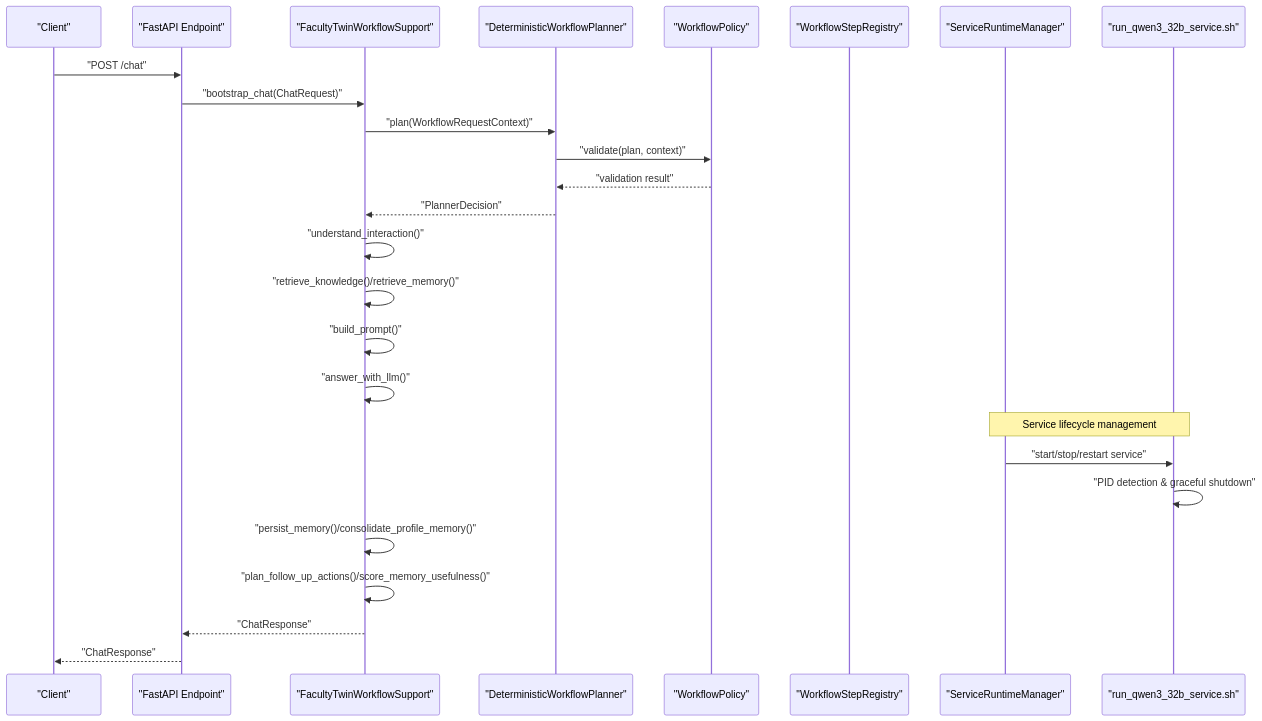
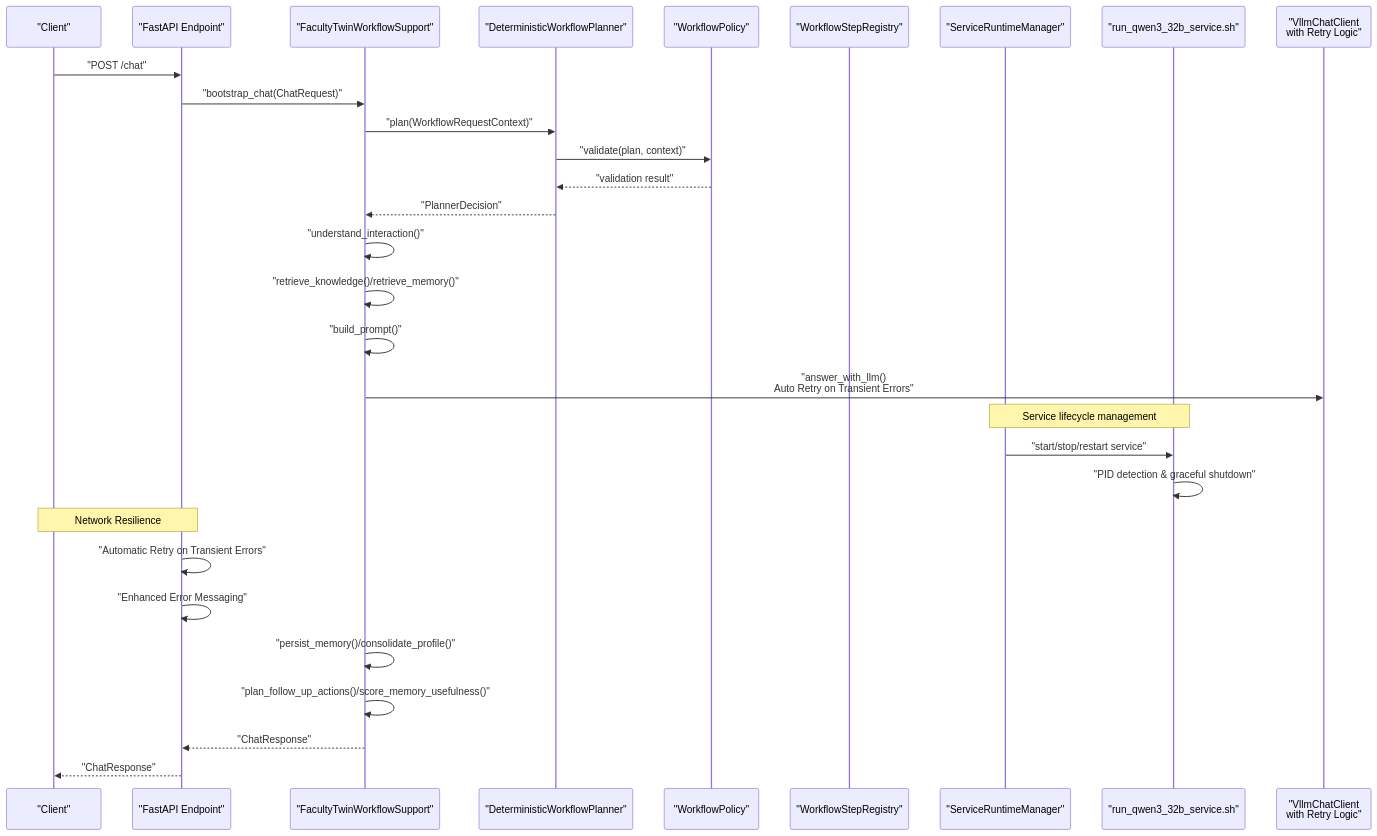
Before and after one commit to intellistream/sage-mate: the second of 7 diagrams in .qoder/repowiki/en/content/Core Components/Service Layer/Service Layer.md, drawn with Mermaid. The commit also changed other lines of this file and 136 other files, not shown here.

First line of the commit message:
chore: source updates, bidirectional link graph, data and repowiki refresh

````diff
--- a/.qoder/repowiki/en/content/Core Components/Service Layer/Service Layer.md
+++ b/.qoder/repowiki/en/content/Core Components/Service Layer/Service Layer.md
@@ -154,28 +168,32 @@
 ```mermaid
 sequenceDiagram
 participant Client as "Client"
 participant API as "FastAPI Endpoint"
 participant Orchestrator as "FacultyTwinWorkflowSupport"
 participant Planner as "DeterministicWorkflowPlanner"
 participant Policy as "WorkflowPolicy"
 participant Steps as "WorkflowStepRegistry"
 participant SRM as "ServiceRuntimeManager"
 participant QSS as "run_qwen3_32b_service.sh"
+participant LLM as "VllmChatClient<br/>with Retry Logic"
 Client->>API : "POST /chat"
 API->>Orchestrator : "bootstrap_chat(ChatRequest)"
 Orchestrator->>Planner : "plan(WorkflowRequestContext)"
 Planner->>Policy : "validate(plan, context)"
 Policy-->>Planner : "validation result"
 Planner-->>Orchestrator : "PlannerDecision"
 Orchestrator->>Orchestrator : "understand_interaction()"
 Orchestrator->>Orchestrator : "retrieve_knowledge()/retrieve_memory()"
 Orchestrator->>Orchestrator : "build_prompt()"
-Orchestrator->>Orchestrator : "answer_with_llm()"
+Orchestrator->>LLM : "answer_with_llm()<br/>Auto Retry on Transient Errors"
 Note over SRM,QSS : Service lifecycle management
 SRM->>QSS : "start/stop/restart service"
 QSS->>QSS : "PID detection & graceful shutdown"
-Orchestrator->>Orchestrator : "persist_memory()/consolidate_profile_memory()"
+Note over Client,API : Network Resilience
+API->>API : "Automatic Retry on Transient Errors"
+API->>API : "Enhanced Error Messaging"
+Orchestrator->>Orchestrator : "persist_memory()/consolidate_profile()"
 Orchestrator->>Orchestrator : "plan_follow_up_actions()/score_memory_usefulness()"
 Orchestrator-->>API : "ChatResponse"
 API-->>Client : "ChatResponse"
 ```
````
